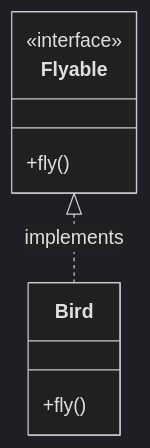
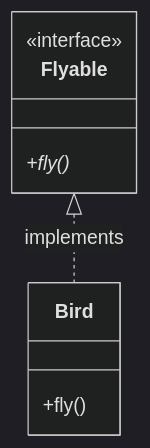
The eighth of 8 diagrams in _posts/2025-04-15-jcg-essentials.md (yelm-212/yelm-212.github.io), drawn with Mermaid (dark theme) before and after one commit.

Commit message:
fix: update Mermaid.js interface syntax

````diff
--- a/_posts/2025-04-15-jcg-essentials.md
+++ b/_posts/2025-04-15-jcg-essentials.md
@@ -476,11 +476,11 @@
    ```mermaid
    classDiagram
        class Flyable {
            <<interface>>
-           +fly()
+           +fly()*
        }
        class Bird {
            +fly()
        }
        Flyable <|.. Bird : implements
    ```
````
